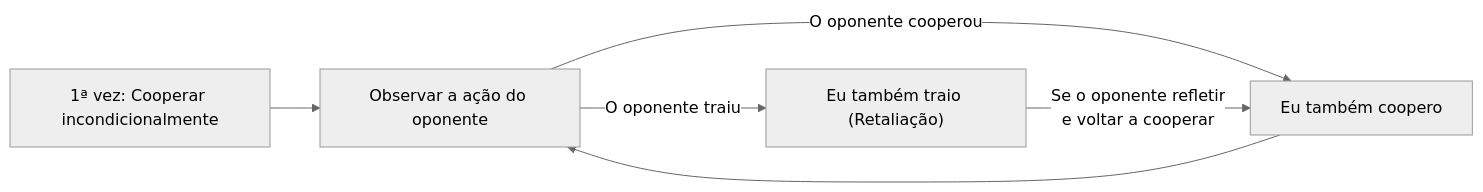
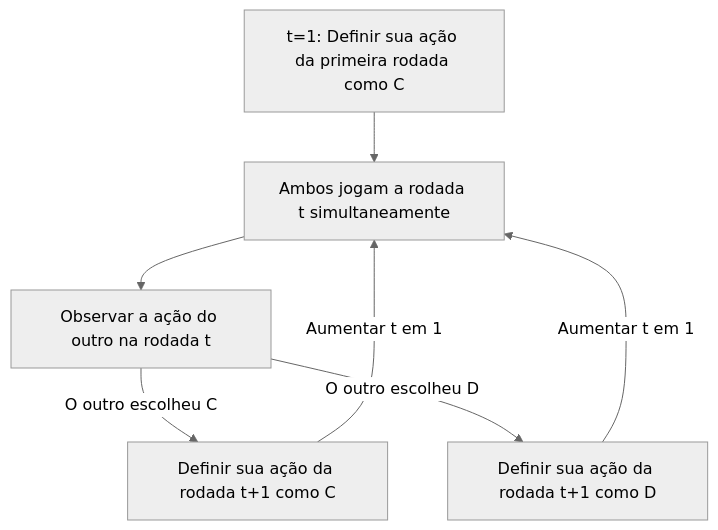
The second of 2 diagrams in content/post/囚人のジレンマ/index.pt.md (kenjinote/blog), drawn with Mermaid (neutral theme) before and after one commit. The commit also changed other lines of this file and 9 other files, not shown here.

````diff
--- a/content/post/囚人のジレンマ/index.pt.md
+++ b/content/post/囚人のジレンマ/index.pt.md
@@ -132,10 +133,9 @@
 ```mermaid
-graph LR
-    Start["1ª vez: Cooperar incondicionalmente"] --> Round2
-    
-    Round2["Observar a ação do oponente"] -->|"O oponente cooperou"| Act_Coop["Eu também coopero"]
-    Round2 -->|"O oponente traiu"| Act_Betray["Eu também traio (Retaliação)"]
-    
-    Act_Coop --> Round2
-    Act_Betray -->|"Se o oponente refletir<br>e voltar a cooperar"| Act_Coop
+graph TD
+    Start["t=1: Definir sua ação da primeira rodada como C"] --> Play["Ambos jogam a rodada t simultaneamente"]
+    Play --> Observe["Observar a ação do outro na rodada t"]
+    Observe -->|"O outro escolheu C"| NextC["Definir sua ação da rodada t+1 como C"]
+    Observe -->|"O outro escolheu D"| NextD["Definir sua ação da rodada t+1 como D"]
+    NextC -->|"Aumentar t em 1"| Play
+    NextD -->|"Aumentar t em 1"| Play
 ```
````
